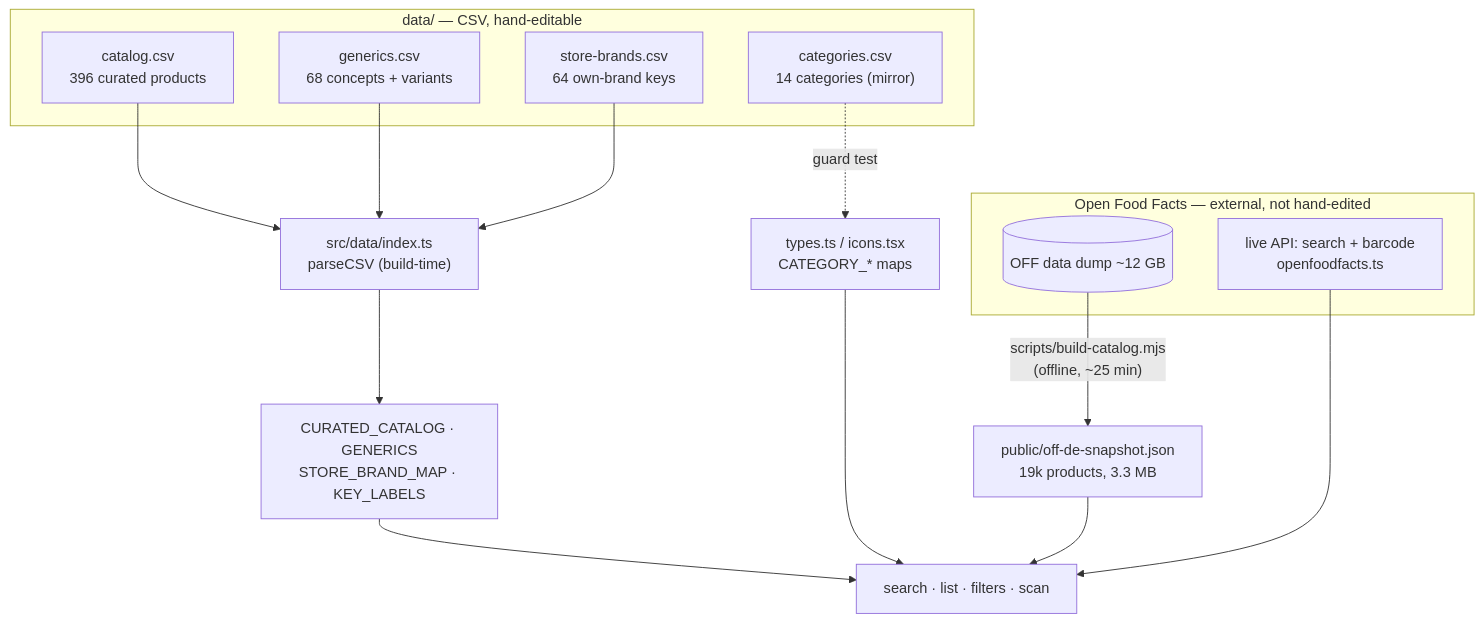
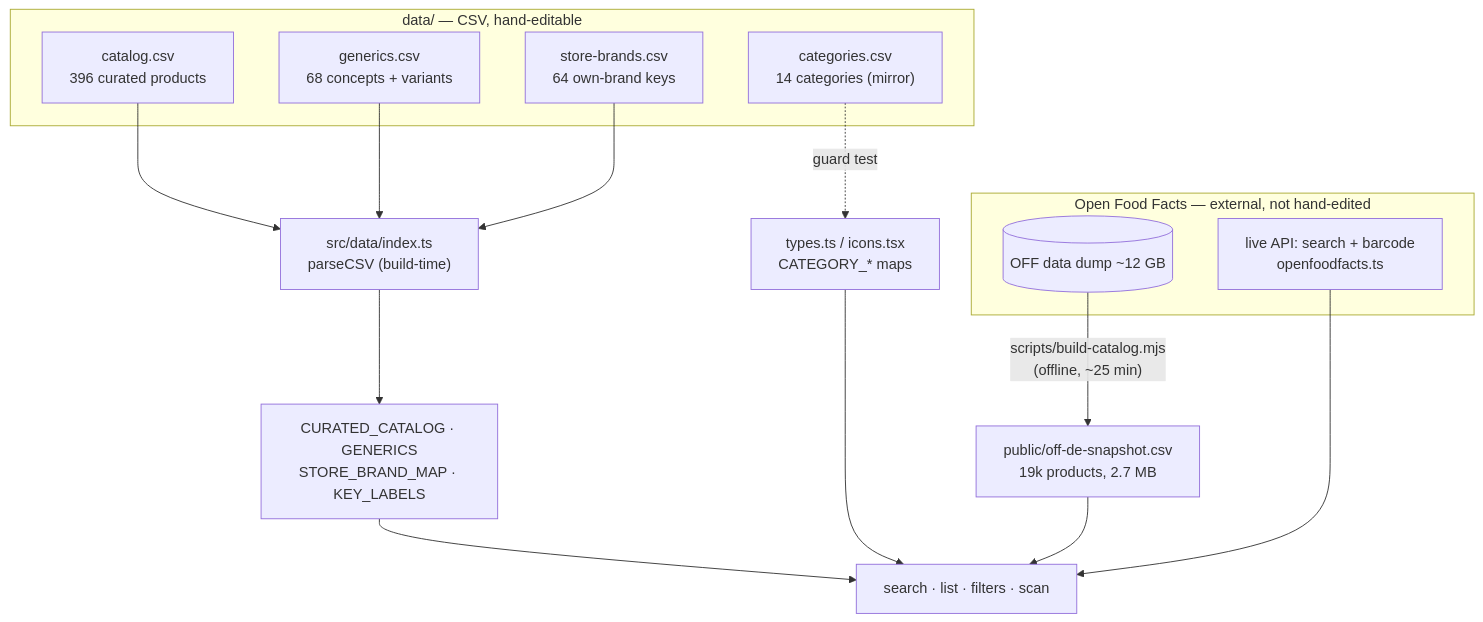
One commit to erikgraf/ShopList changed the first of 2 diagrams in data/README.md. Above: the diagram before and after it, drawn with Mermaid. The commit also changed other lines of this file and 7 other files, not shown here.

First line of the commit message:
data: OFF snapshot is now CSV too (19k), app loads + parses it

````diff
--- a/data/README.md
+++ b/data/README.md
@@ -28,29 +28,29 @@
 ```mermaid
 flowchart TB
   subgraph EDIT["data/ — CSV, hand-editable"]
     CAT["catalog.csv<br/>396 curated products"]
     GEN["generics.csv<br/>68 concepts + variants"]
     SB["store-brands.csv<br/>64 own-brand keys"]
     CATEG["categories.csv<br/>14 categories (mirror)"]
   end
 
   subgraph OFF["Open Food Facts — external, not hand-edited"]
     LIVE["live API: search + barcode<br/>openfoodfacts.ts"]
     DUMP[("OFF data dump ~12 GB")]
   end
 
   LOAD["src/data/index.ts<br/>parseCSV (build-time)"]
   CAT --> LOAD
   GEN --> LOAD
   SB --> LOAD
   LOAD --> SYM["CURATED_CATALOG · GENERICS<br/>STORE_BRAND_MAP · KEY_LABELS"]
 
   CATEG -. "guard test" .-> TMAPS["types.ts / icons.tsx<br/>CATEGORY_* maps"]
 
-  DUMP -- "scripts/build-catalog.mjs<br/>(offline, ~25 min)" --> SNAP["public/off-de-snapshot.json<br/>19k products, 3.3 MB"]
+  DUMP -- "scripts/build-catalog.mjs<br/>(offline, ~25 min)" --> SNAP["public/off-de-snapshot.csv<br/>19k products, 2.7 MB"]
 
   SYM --> APP["search · list · filters · scan"]
   TMAPS --> APP
   SNAP --> APP
   LIVE --> APP
 ```
````
